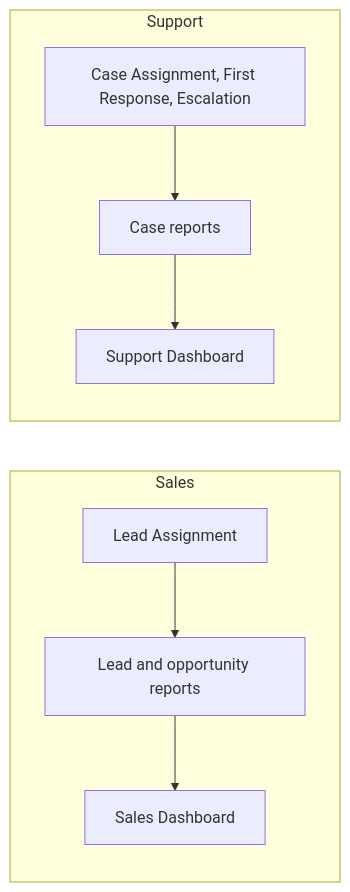
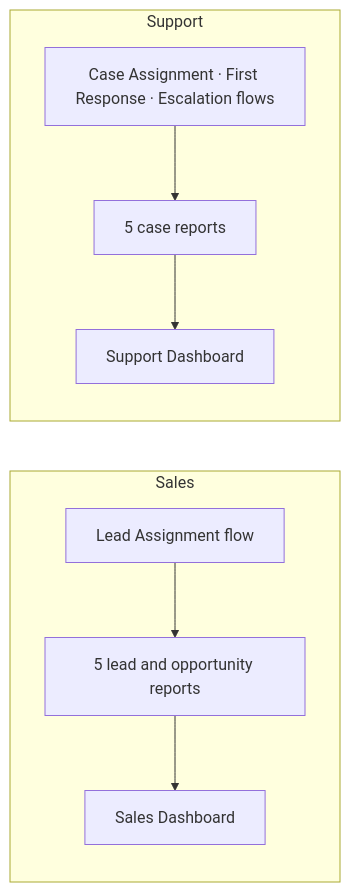
One commit to NileshModlier/Salesforce-Org-Operations-Release-Management changed the second of 4 diagrams in README.md. Above: the diagram before and after it, drawn with Mermaid. The commit also changed other lines of this file and 14 other files, not shown here.

````diff
--- a/README.md
+++ b/README.md
@@ -263,17 +232,9 @@
 ```mermaid
 flowchart LR
-  subgraph salesPath [Sales]
-    leadFlow[Lead Assignment]
-    leadReports[Lead and opportunity reports]
-    salesDash[Sales Dashboard]
-    leadFlow --> leadReports
-    leadReports --> salesDash
+  subgraph sales [Sales]
+    lf[Lead Assignment flow] --> lr[5 lead and opportunity reports] --> sd[Sales Dashboard]
   end
-  subgraph supportPath [Support]
-    caseFlows[Case Assignment, First Response, Escalation]
-    caseReports[Case reports]
-    supportDash[Support Dashboard]
-    caseFlows --> caseReports
-    caseReports --> supportDash
+  subgraph support [Support]
+    cf[Case Assignment · First Response · Escalation flows] --> cr[5 case reports] --> spd[Support Dashboard]
   end
 ```
````
